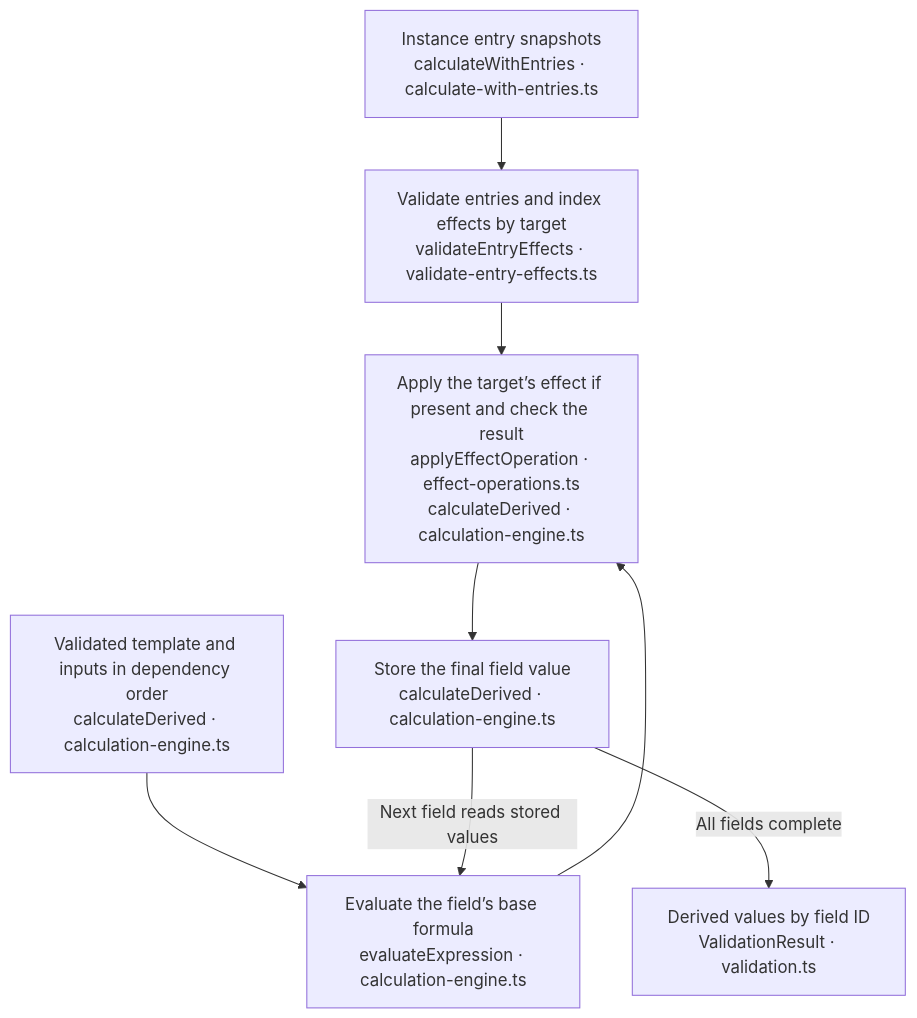
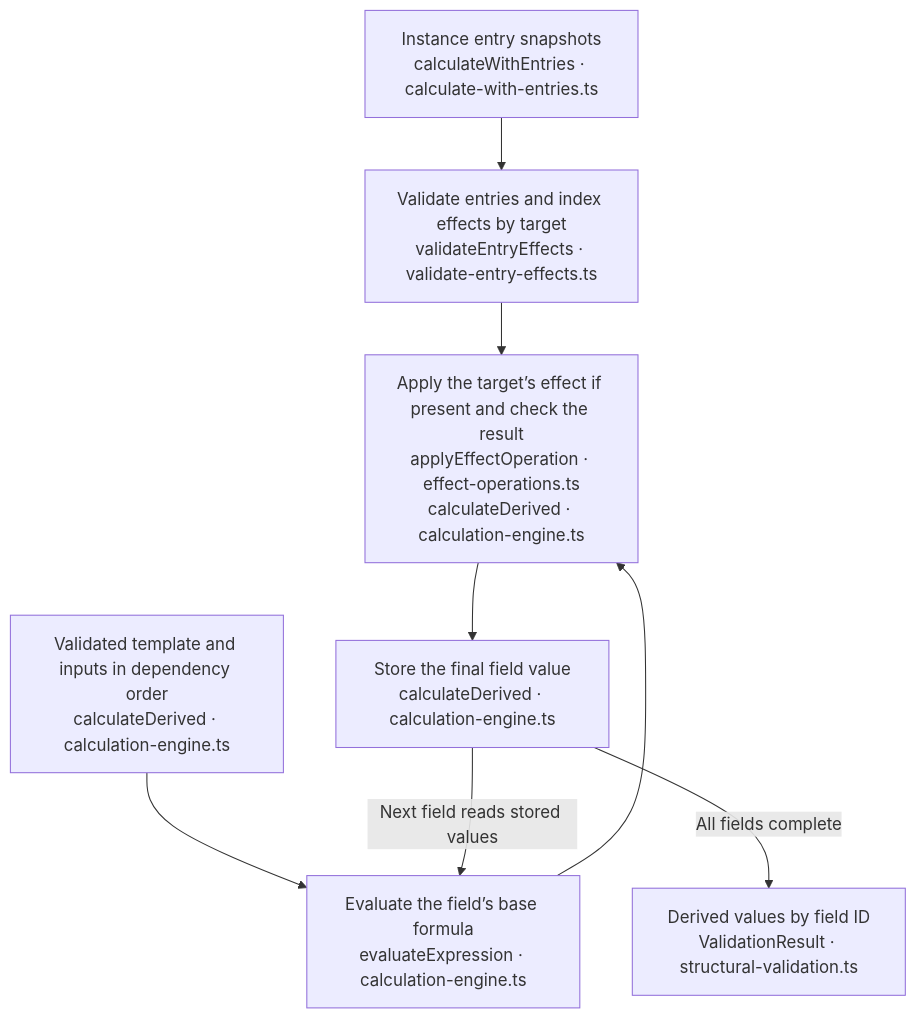
The fourth of 4 diagrams in src/domain/architecture.md (bduhbya/rpg_buddy), drawn with Mermaid before and after one commit. The commit also changed other lines of this file and 20 other files, not shown here.

First line of the commit message:
Move document models and structural validation into domain folders (#10)

````diff
--- a/src/domain/architecture.md
+++ b/src/domain/architecture.md
@@ -102,10 +102,10 @@
 ```mermaid
 flowchart TD
     A["Instance entry snapshots<br/>calculateWithEntries · calculate-with-entries.ts"] --> B["Validate entries and index effects by target<br/>validateEntryEffects · validate-entry-effects.ts"]
     C["Validated template and inputs in dependency order<br/>calculateDerived · calculation-engine.ts"] --> D["Evaluate the field’s base formula<br/>evaluateExpression · calculation-engine.ts"]
     B --> E["Apply the target’s effect if present and check the result<br/>applyEffectOperation · effect-operations.ts<br/>calculateDerived · calculation-engine.ts"]
     D --> E
     E --> F["Store the final field value<br/>calculateDerived · calculation-engine.ts"]
     F -->|Next field reads stored values| D
-    F -->|All fields complete| G["Derived values by field ID<br/>ValidationResult · validation.ts"]
+    F -->|All fields complete| G["Derived values by field ID<br/>ValidationResult · structural-validation.ts"]
 ```
````
